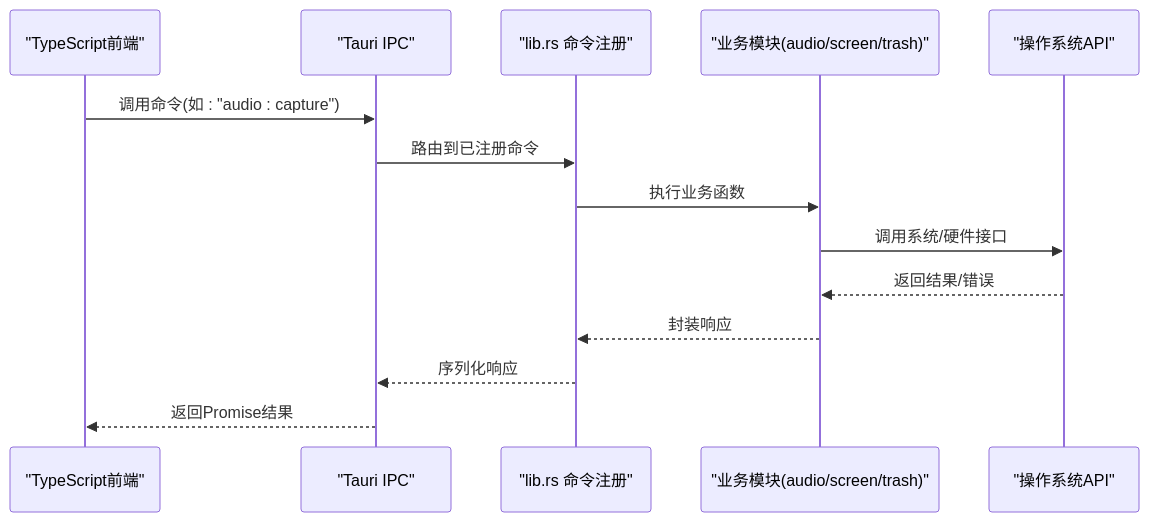
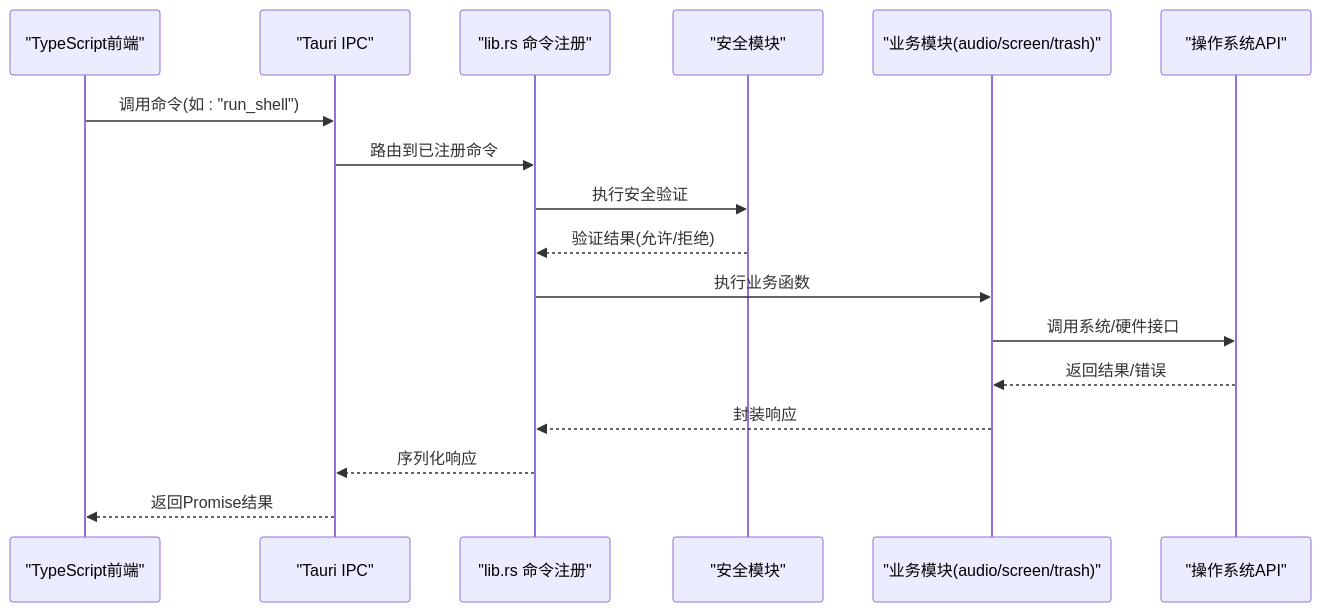
One commit to Wumiu/Petra changed the second of 5 diagrams in .qoder/repowiki/zh/content/系统集成/Tauri后端核心.md. Above: the diagram before and after it, drawn with Mermaid. The commit also changed other lines of this file and 45 other files, not shown here.

````diff
--- a/.qoder/repowiki/zh/content/系统集成/Tauri后端核心.md
+++ b/.qoder/repowiki/zh/content/系统集成/Tauri后端核心.md
@@ -105,16 +113,19 @@
 ```mermaid
 sequenceDiagram
 participant FE as "TypeScript前端"
 participant TAURI as "Tauri IPC"
 participant LIB as "lib.rs 命令注册"
+participant SEC as "安全模块"
 participant MOD as "业务模块(audio/screen/trash)"
 participant OS as "操作系统API"
-FE->>TAURI : 调用命令(如 : "audio : capture")
+FE->>TAURI : 调用命令(如 : "run_shell")
 TAURI->>LIB : 路由到已注册命令
+LIB->>SEC : 执行安全验证
+SEC-->>LIB : 验证结果(允许/拒绝)
 LIB->>MOD : 执行业务函数
 MOD->>OS : 调用系统/硬件接口
 OS-->>MOD : 返回结果/错误
 MOD-->>LIB : 封装响应
 LIB-->>TAURI : 序列化响应
 TAURI-->>FE : 返回Promise结果
 ```
````
